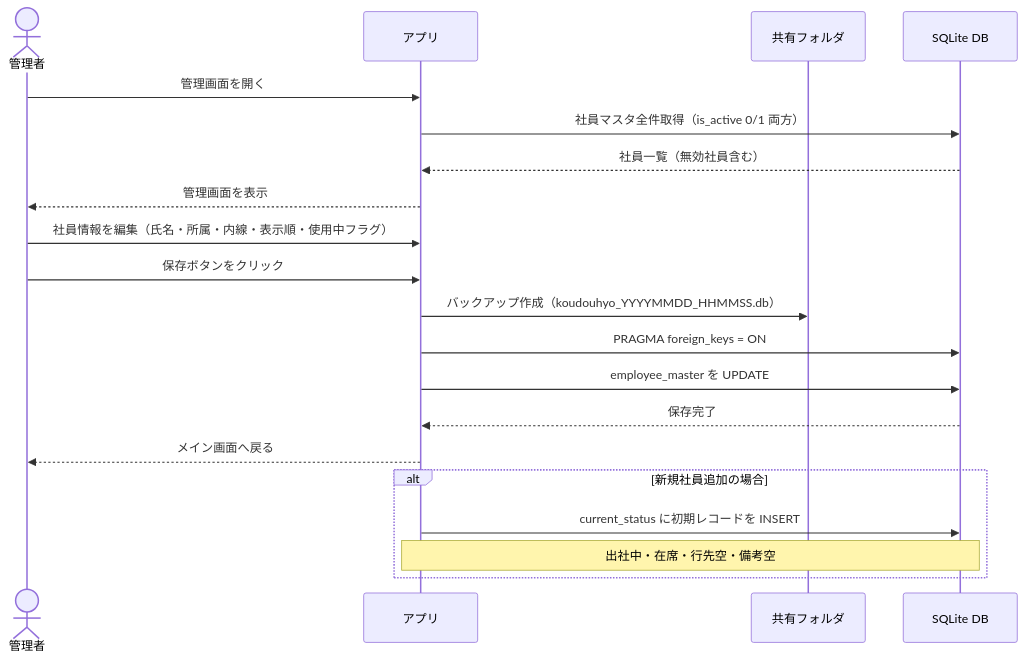
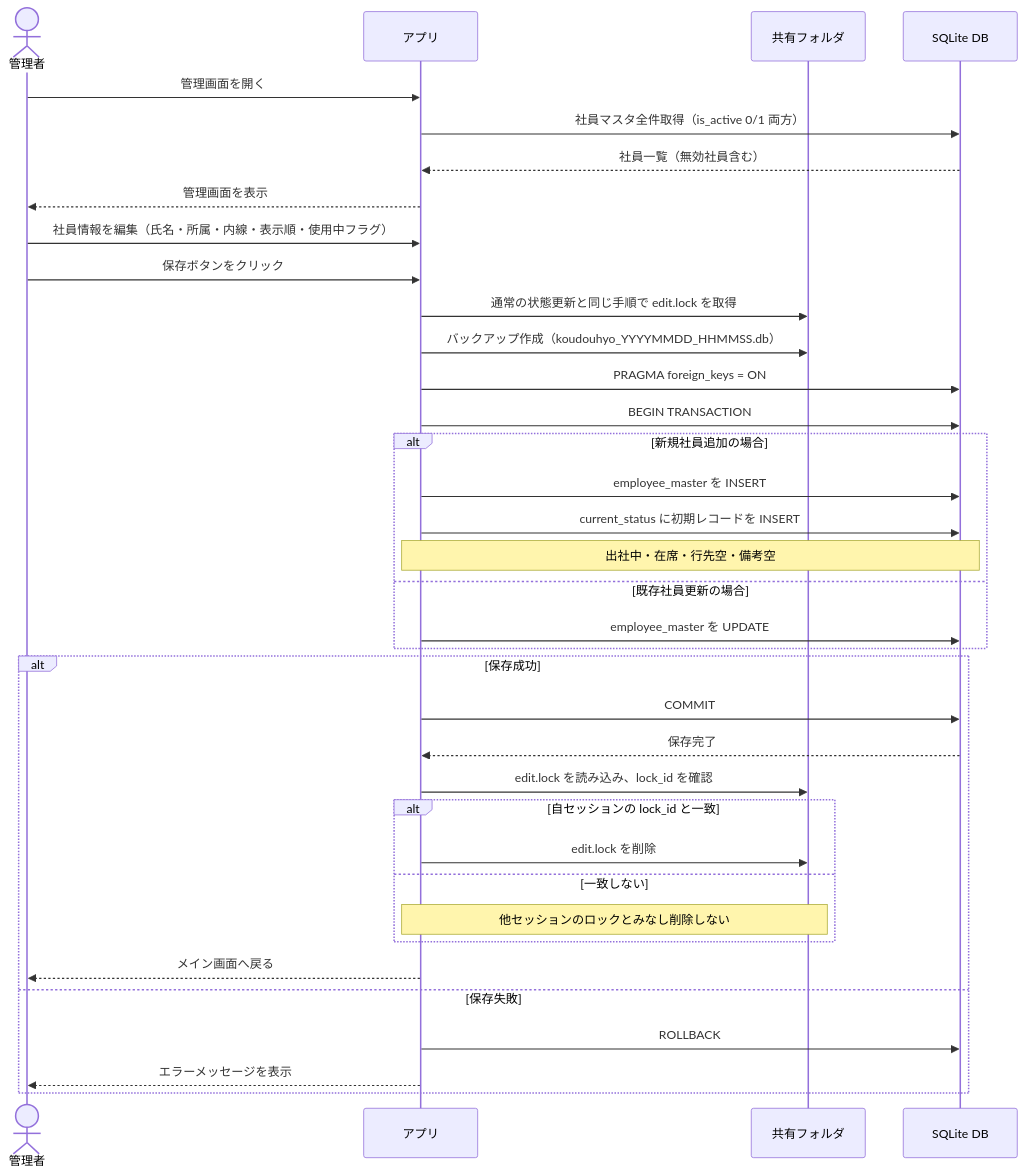
The sixth of 8 diagrams in SEQUENCE.md (garyohosu/koudouhyo), drawn with Mermaid before and after one commit. The commit also changed other lines of this file and 3 other files, not shown here.

Commit message:
docs: refine locking and transaction flows

````diff
--- a/SEQUENCE.md
+++ b/SEQUENCE.md
@@ -158,27 +174,41 @@
 ```mermaid
 sequenceDiagram
     actor Admin as 管理者
     participant App as アプリ
     participant FS as 共有フォルダ
     participant DB as SQLite DB
 
     Admin->>App: 管理画面を開く
     App->>DB: 社員マスタ全件取得（is_active 0/1 両方）
     DB-->>App: 社員一覧（無効社員含む）
     App-->>Admin: 管理画面を表示
 
     Admin->>App: 社員情報を編集（氏名・所属・内線・表示順・使用中フラグ）
     Admin->>App: 保存ボタンをクリック
 
+    App->>FS: 通常の状態更新と同じ手順で edit.lock を取得
     App->>FS: バックアップ作成（koudouhyo_YYYYMMDD_HHMMSS.db）
     App->>DB: PRAGMA foreign_keys = ON
-    App->>DB: employee_master を UPDATE
-    DB-->>App: 保存完了
-
-    App-->>Admin: メイン画面へ戻る
-
+    App->>DB: BEGIN TRANSACTION
     alt 新規社員追加の場合
+        App->>DB: employee_master を INSERT
         App->>DB: current_status に初期レコードを INSERT
         Note over App,DB: 出社中・在席・行先空・備考空
+    else 既存社員更新の場合
+        App->>DB: employee_master を UPDATE
+    end
+    alt 保存成功
+        App->>DB: COMMIT
+        DB-->>App: 保存完了
+        App->>FS: edit.lock を読み込み、lock_id を確認
+        alt 自セッションの lock_id と一致
+            App->>FS: edit.lock を削除
+        else 一致しない
+            Note over App,FS: 他セッションのロックとみなし削除しない
+        end
+        App-->>Admin: メイン画面へ戻る
+    else 保存失敗
+        App->>DB: ROLLBACK
+        App-->>Admin: エラーメッセージを表示
     end
 ```
````
